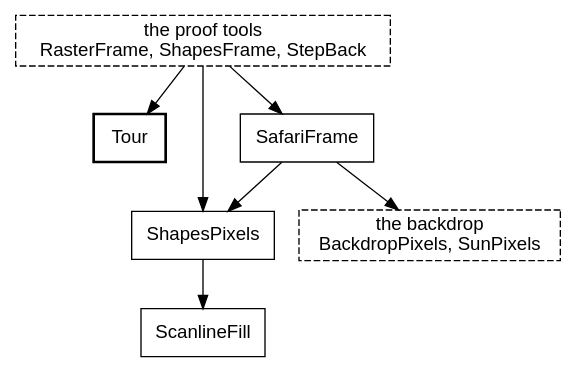
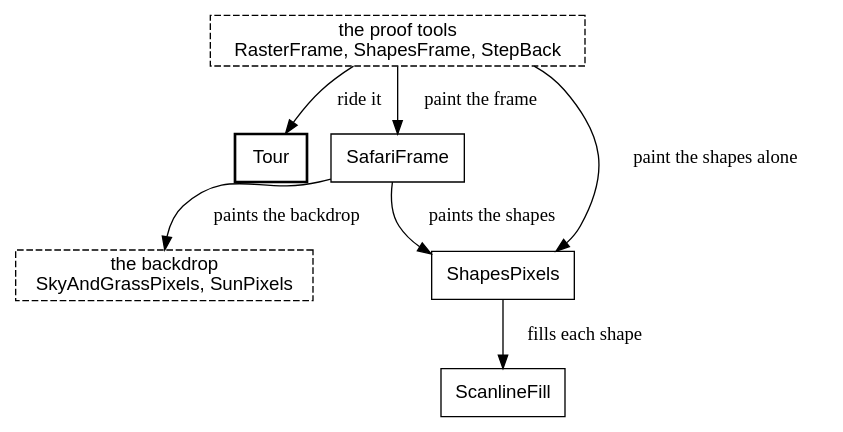
One commit to showell/roc-apps changed diagram 27 of 30 in canvas_apps/safari/tutorial/tutorial.md. Above: the diagram before and after it, drawn with Graphviz. The commit also changed other lines of this file and 1 other file, not shown here.

First line of the commit message:
safari book: the last stale names, outside the truck chapters

````diff
--- a/canvas_apps/safari/tutorial/tutorial.md
+++ b/canvas_apps/safari/tutorial/tutorial.md
@@ -2723,14 +2725,14 @@
 ```dot
 digraph proving {
   node [shape=box, fontname="Helvetica"];
   gates [label="the proof tools\nRasterFrame, ShapesFrame, StepBack", style=dashed];
   Tour [style=bold];
-  gates -> Tour;
-  gates -> SafariFrame;
-  gates -> ShapesPixels;
-  SafariFrame -> ShapesPixels;
-  SafariFrame -> backdrop;
-  ShapesPixels -> ScanlineFill;
-  backdrop [label="the backdrop\nBackdropPixels, SunPixels", style=dashed];
+  gates -> Tour [label="  ride it"];
+  gates -> SafariFrame [label="  paint the frame"];
+  gates -> ShapesPixels [label="  paint the shapes alone"];
+  SafariFrame -> ShapesPixels [label="  paints the shapes"];
+  SafariFrame -> backdrop [label="  paints the backdrop"];
+  ShapesPixels -> ScanlineFill [label="  fills each shape"];
+  backdrop [label="the backdrop\nSkyAndGrassPixels, SunPixels", style=dashed];
 }
 ```
````
